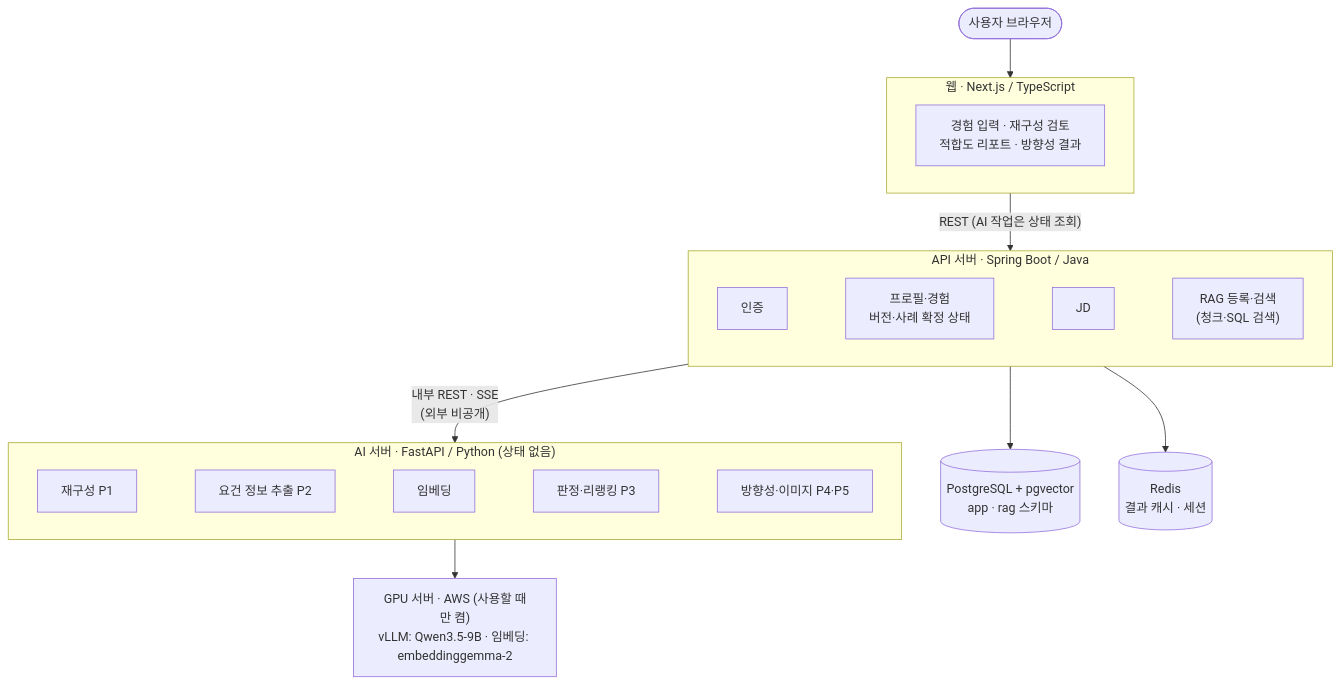
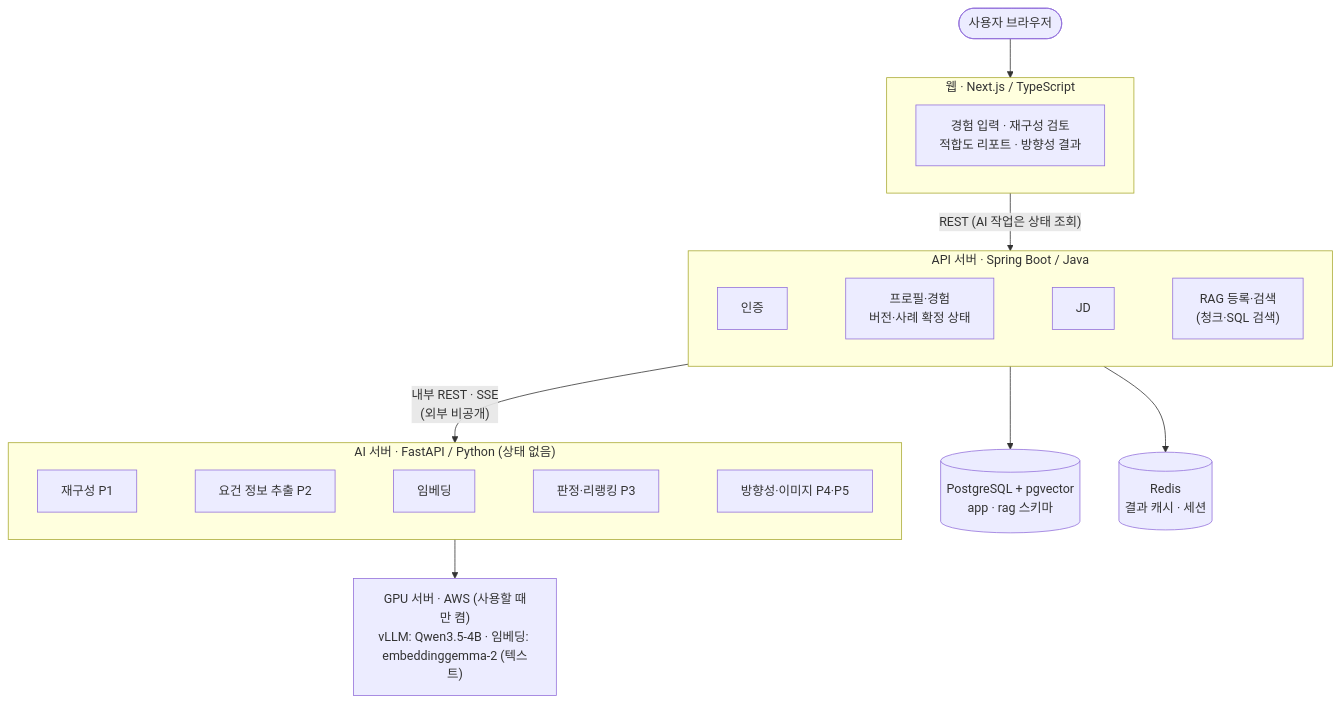
Before and after one commit to nerd-nam/SPEC-nerdnam: the second of 3 diagrams in 기획서.md, drawn with Mermaid. The commit also changed other lines of this file and 3 other files, not shown here.

````diff
--- a/기획서.md
+++ b/기획서.md
@@ -357,18 +358,18 @@
 ```mermaid
 flowchart TB
     U(["사용자 브라우저"]) --> WEB
     subgraph WEB["웹 · Next.js / TypeScript"]
         W1["경험 입력 · 재구성 검토<br/>적합도 리포트 · 방향성 결과"]
     end
     WEB -- "REST (AI 작업은 상태 조회)" --> API
     subgraph API["API 서버 · Spring Boot / Java"]
         A1["인증"] ~~~ A2["프로필·경험<br/>버전·사례 확정 상태"] ~~~ A3["JD"] ~~~ A4["RAG 등록·검색<br/>(청크·SQL 검색)"]
     end
     API -- "내부 REST · SSE<br/>(외부 비공개)" --> AI
     subgraph AI["AI 서버 · FastAPI / Python (상태 없음)"]
         I1["재구성 P1"] ~~~ I2["요건 정보 추출 P2"] ~~~ I3["임베딩"] ~~~ I4["판정·리랭킹 P3"] ~~~ I5["방향성·이미지 P4·P5"]
     end
     API --> PG[("PostgreSQL + pgvector<br/>app · rag 스키마")]
     API --> RD[("Redis<br/>결과 캐시 · 세션")]
-    AI --> GPU["GPU 서버 · AWS (사용할 때만 켬)<br/>vLLM: Qwen3.5-9B · 임베딩: embeddinggemma-2"]
+    AI --> GPU["GPU 서버 · AWS (사용할 때만 켬)<br/>vLLM: Qwen3.5-4B · 임베딩: embeddinggemma-2 (텍스트)"]
 ```
````
